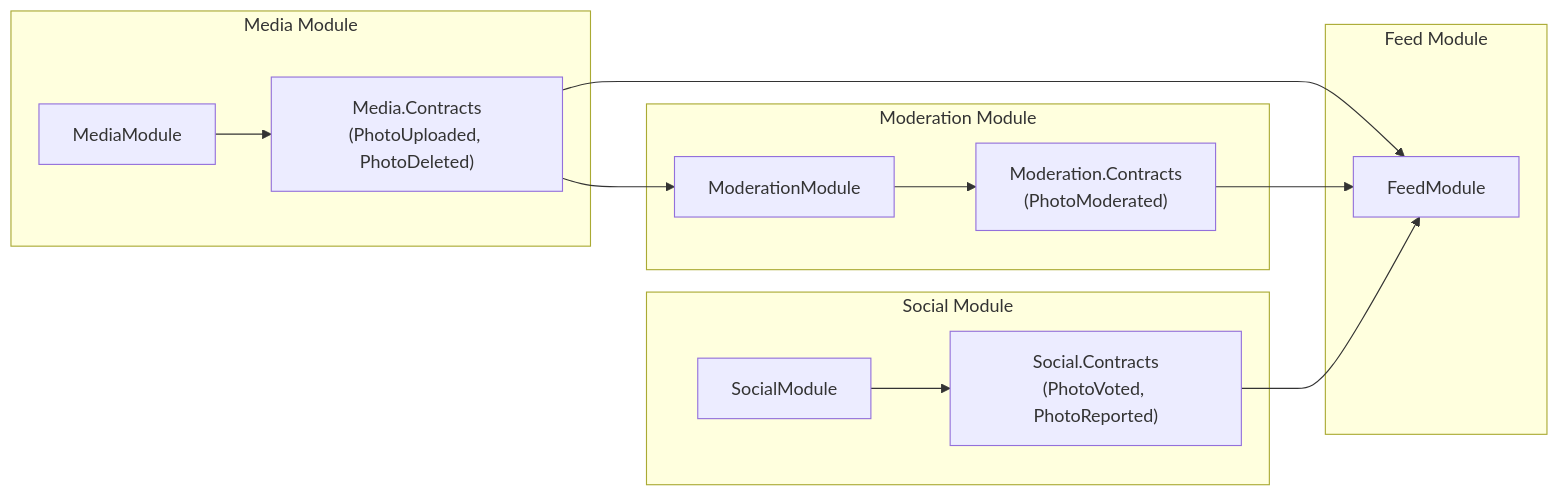
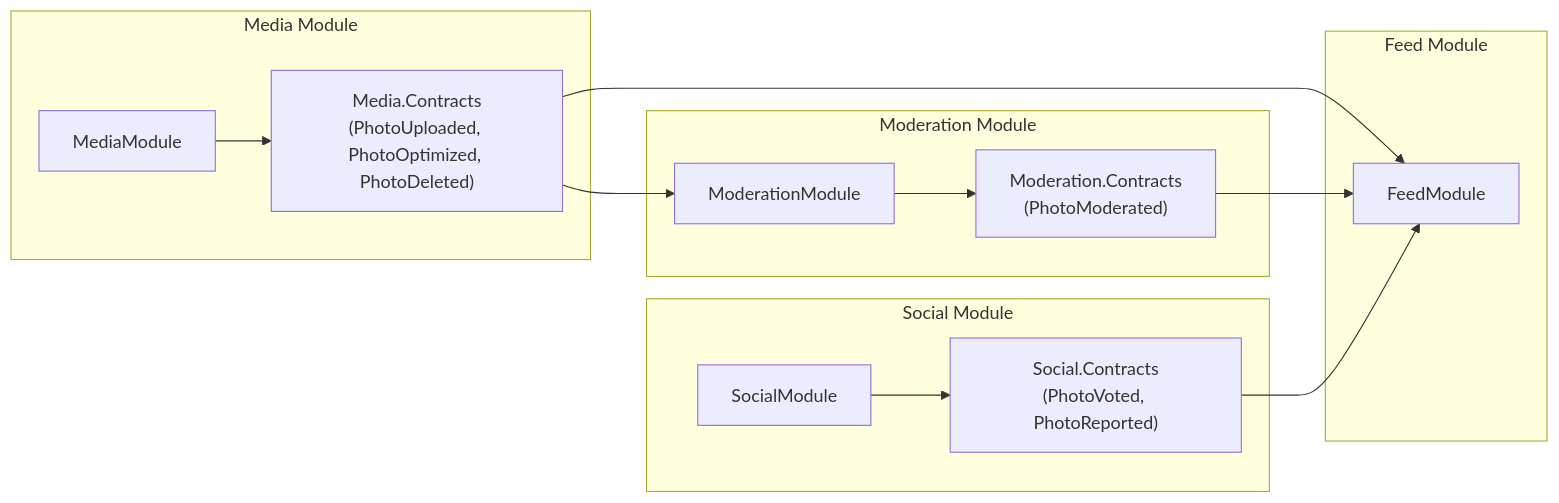
One commit to makafanpeter/vivid-imagination changed the first of 3 diagrams in README.md. Above: the diagram before and after it, drawn with Mermaid. The commit also changed other lines of this file and 2 other files, not shown here.

Commit message:
feat(media): implement cascading deletion of WebP variants upon photo deletion and add corresponding unit tests

````diff
--- a/README.md
+++ b/README.md
@@ -51,21 +53,21 @@
 ```mermaid
 graph LR
     subgraph "Media Module"
-        MediaImpl["MediaModule"] --> MediaContracts["Media.Contracts<br/>(PhotoUploaded, PhotoDeleted)"]
+        MediaImpl["MediaModule"] --> MediaContracts["Media.Contracts<br/>(PhotoUploaded, PhotoOptimized, PhotoDeleted)"]
     end
 
     subgraph "Moderation Module"
         MediaContracts --> ModImpl["ModerationModule"]
         ModImpl --> ModContracts["Moderation.Contracts<br/>(PhotoModerated)"]
     end
 
     subgraph "Social Module"
         SocialImpl["SocialModule"] --> SocialContracts["Social.Contracts<br/>(PhotoVoted, PhotoReported)"]
     end
 
     subgraph "Feed Module"
         MediaContracts --> FeedImpl["FeedModule"]
         ModContracts --> FeedImpl
         SocialContracts --> FeedImpl
     end
 ```
````
